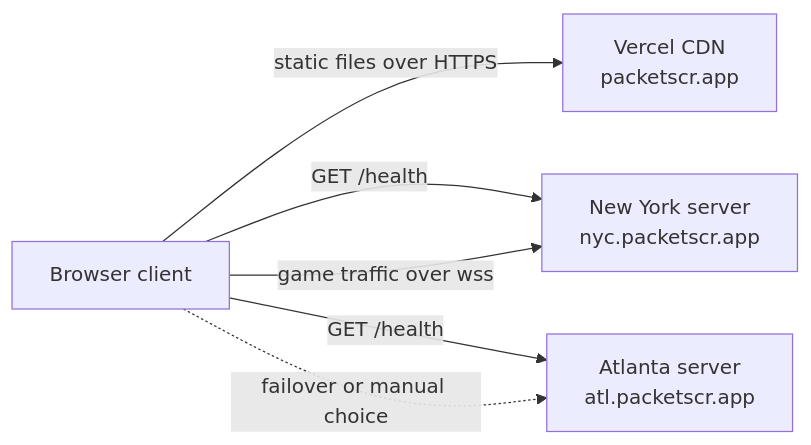
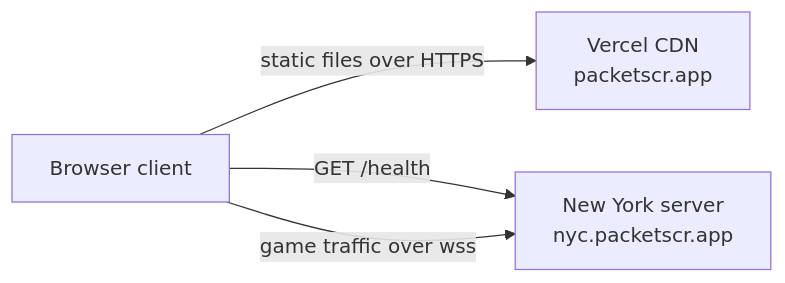
Before and after one commit to MyNameIs-Nigel/packetscrapp: the diagram in docs/ARCHITECTURE.md, drawn with Mermaid. The commit also changed other lines of this file and 12 other files, not shown here.

````diff
--- a/docs/ARCHITECTURE.md
+++ b/docs/ARCHITECTURE.md
@@ -7,12 +7,9 @@
 ```mermaid
 flowchart LR
   B[Browser client]
   V[Vercel CDN<br/>packetscr.app]
   N[New York server<br/>nyc.packetscr.app]
-  A[Atlanta server<br/>atl.packetscr.app]
   B -- static files over HTTPS --> V
   B -- GET /health --> N
-  B -- GET /health --> A
   B -- game traffic over wss --> N
-  B -. failover or manual choice .-> A
 ```
````
